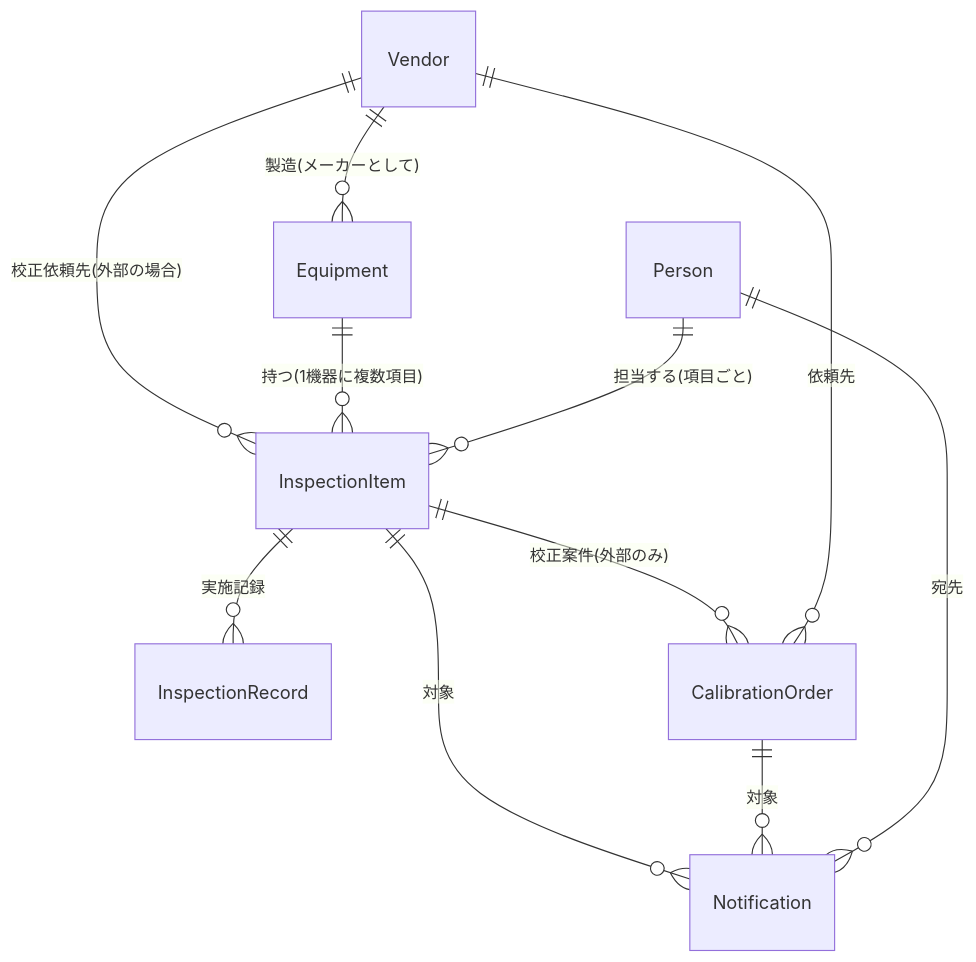
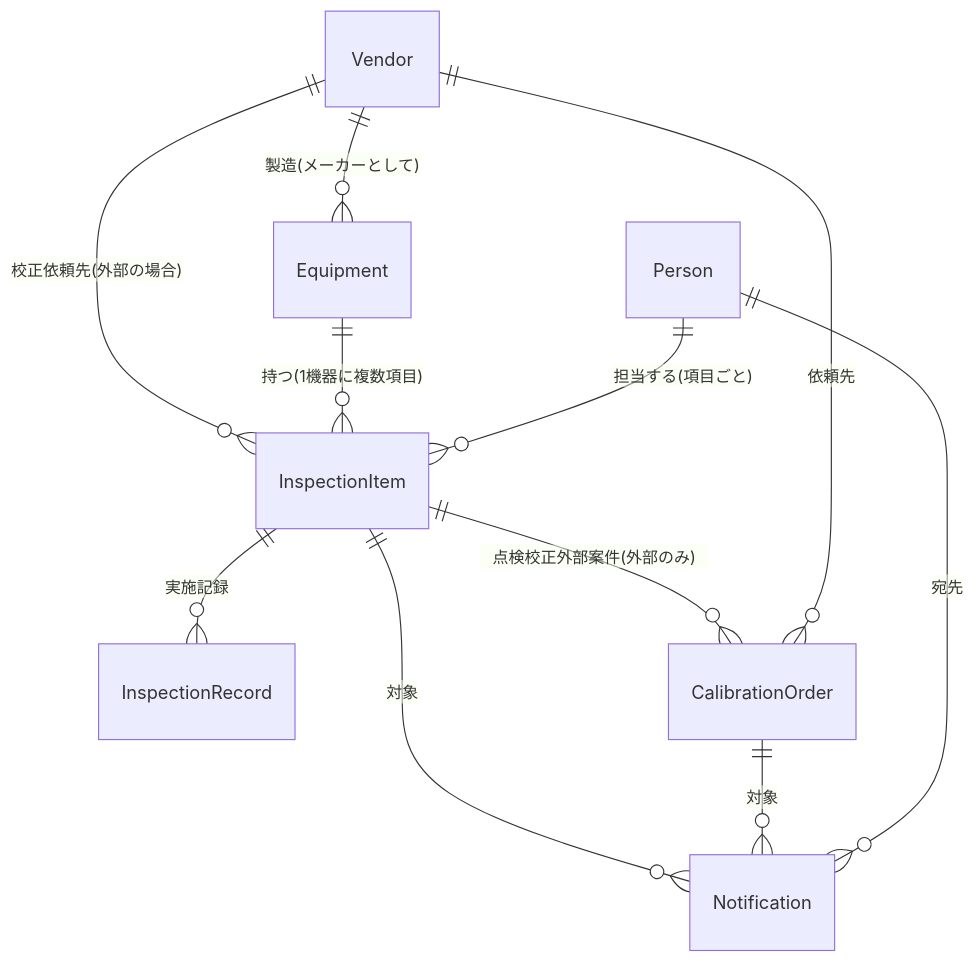
The diagram in docs/domain-model.md (KyoheiTashiro/calibration-manager), drawn with Mermaid before and after one commit. The commit also changed other lines of this file and 33 other files, not shown here.

````diff
--- a/docs/domain-model.md
+++ b/docs/domain-model.md
@@ -23,13 +23,13 @@
 ```mermaid
 erDiagram
     Vendor ||--o{ Equipment : "製造(メーカーとして)"
     Vendor ||--o{ InspectionItem : "校正依頼先(外部の場合)"
     Equipment ||--o{ InspectionItem : "持つ(1機器に複数項目)"
     Person ||--o{ InspectionItem : "担当する(項目ごと)"
     InspectionItem ||--o{ InspectionRecord : "実施記録"
-    InspectionItem ||--o{ CalibrationOrder : "校正案件(外部のみ)"
+    InspectionItem ||--o{ CalibrationOrder : "点検校正外部案件(外部のみ)"
     Vendor ||--o{ CalibrationOrder : "依頼先"
     InspectionItem ||--o{ Notification : "対象"
     CalibrationOrder ||--o{ Notification : "対象"
     Person ||--o{ Notification : "宛先"
 ```
````
